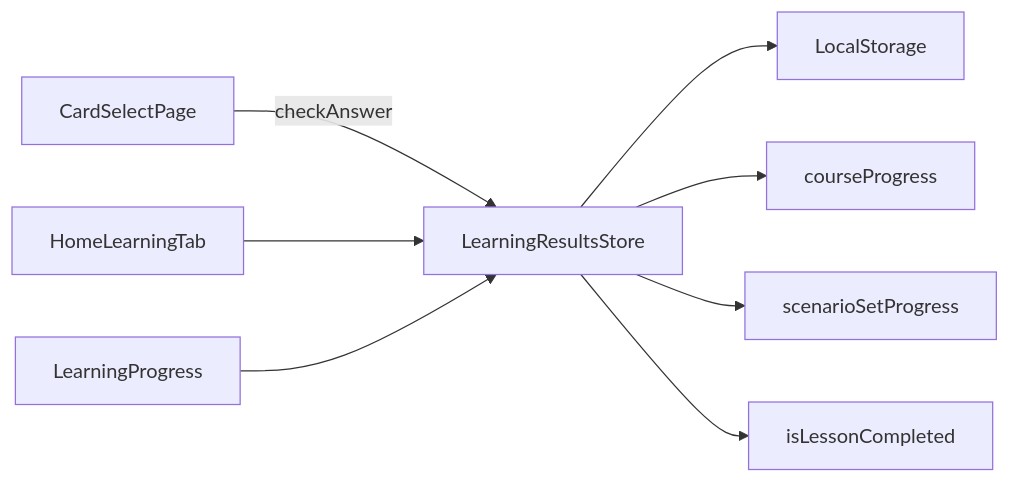
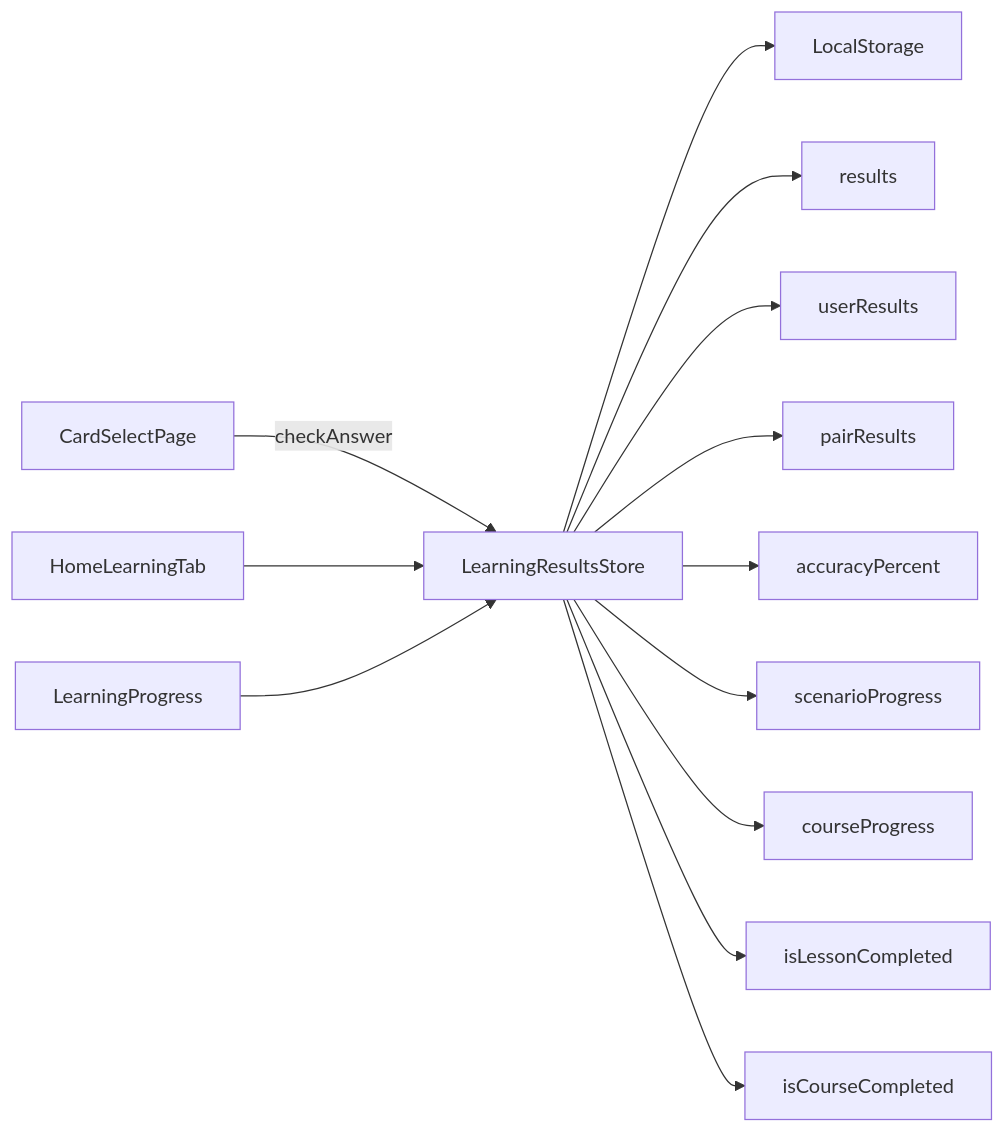
Before and after one commit to void2ptr-sketch/LinguaCode: the diagram in docs/ARCHITECTURE/ARCHITECTURE.learning-results.md, drawn with Mermaid. The commit also changed other lines of this file and 708 other files, not shown here.

````diff
--- a/docs/ARCHITECTURE/ARCHITECTURE.learning-results.md
+++ b/docs/ARCHITECTURE/ARCHITECTURE.learning-results.md
@@ -49,10 +50,15 @@
 ```mermaid
 flowchart LR
   CardSelectPage -->|checkAnswer| LearningResultsStore
   LearningResultsStore --> LocalStorage
   HomeLearningTab --> LearningResultsStore
   LearningProgress --> LearningResultsStore
+  LearningResultsStore --> results
+  LearningResultsStore --> userResults
+  LearningResultsStore --> pairResults
+  LearningResultsStore --> accuracyPercent
+  LearningResultsStore --> scenarioProgress
   LearningResultsStore --> courseProgress
-  LearningResultsStore --> scenarioSetProgress
   LearningResultsStore --> isLessonCompleted
+  LearningResultsStore --> isCourseCompleted
 ```
````
